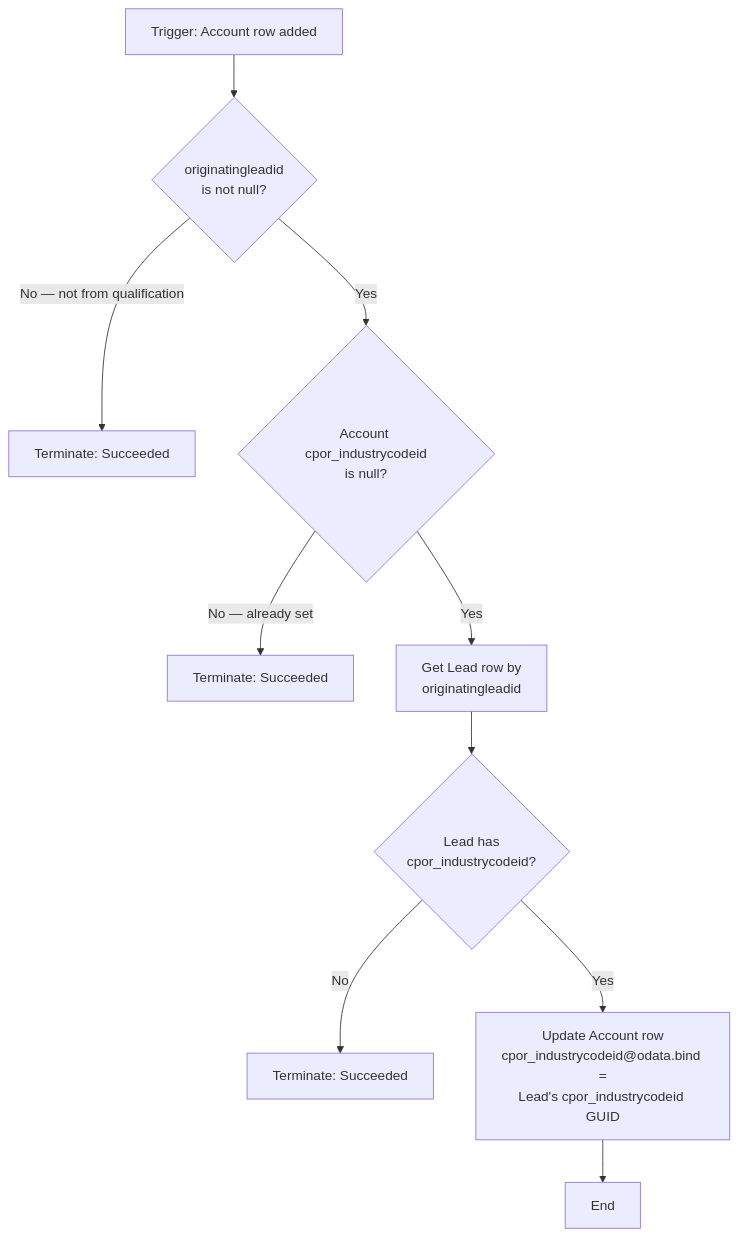
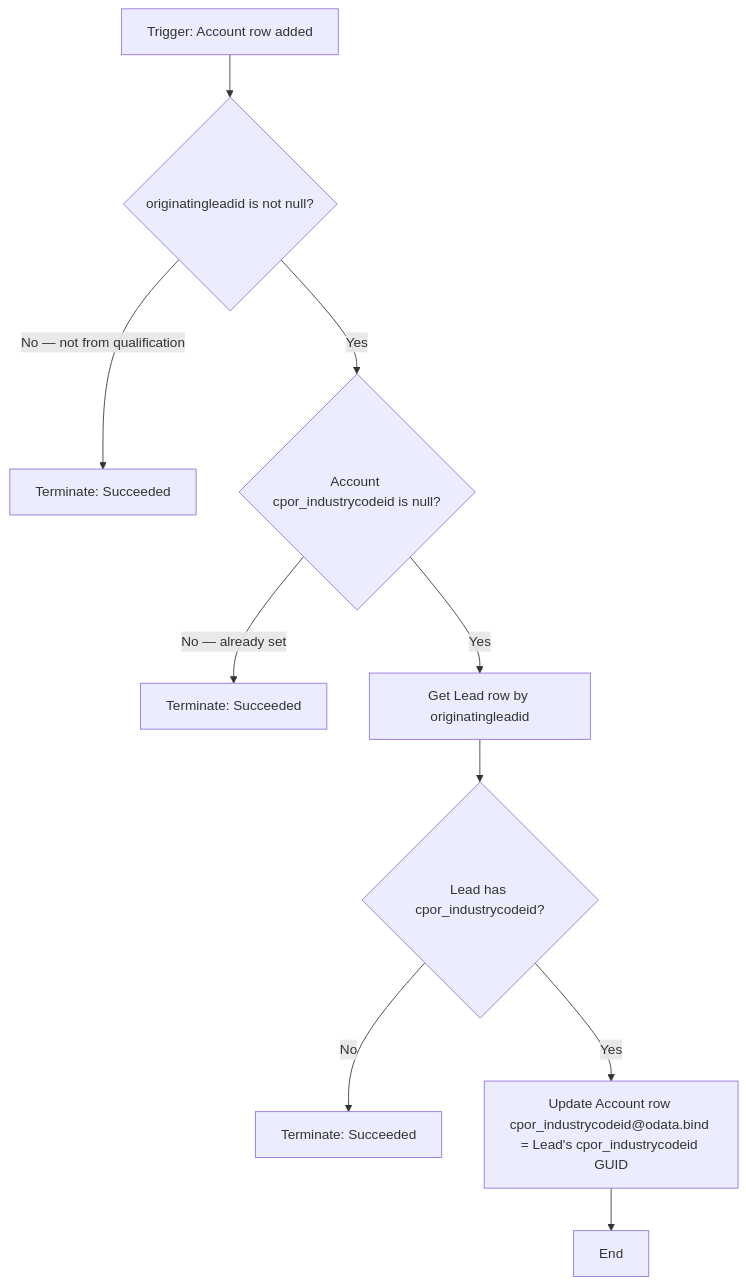
One commit to enewbold-devops/CPOR-Industry-Engagement changed diagram 15 of 23 in README.md. Above: the diagram before and after it, drawn with Mermaid. The commit also changed other lines of this file, not shown here.

````diff
--- a/README.md
+++ b/README.md
@@ -748,12 +754,12 @@
 ```mermaid
 flowchart TD
-    T[Trigger: Account row added] --> C1{originatingleadid\nis not null?}
+    T[Trigger: Account row added] --> C1{originatingleadid is not null?}
     C1 -->|No — not from qualification| END1[Terminate: Succeeded]
-    C1 -->|Yes| C2{Account cpor_industrycodeid\nis null?}
+    C1 -->|Yes| C2{Account cpor_industrycodeid is null?}
     C2 -->|No — already set| END2[Terminate: Succeeded]
-    C2 -->|Yes| GL[Get Lead row by\noriginatingleadid]
-    GL --> C3{Lead has\ncpor_industrycodeid?}
+    C2 -->|Yes| GL[Get Lead row by originatingleadid]
+    GL --> C3{Lead has cpor_industrycodeid?}
     C3 -->|No| END3[Terminate: Succeeded]
-    C3 -->|Yes| UP[Update Account row\ncpor_industrycodeid@odata.bind =\nLead's cpor_industrycodeid GUID]
+    C3 -->|Yes| UP[Update Account row cpor_industrycodeid@odata.bind = Lead's cpor_industrycodeid GUID]
     UP --> DONE[End]
 ```
````
